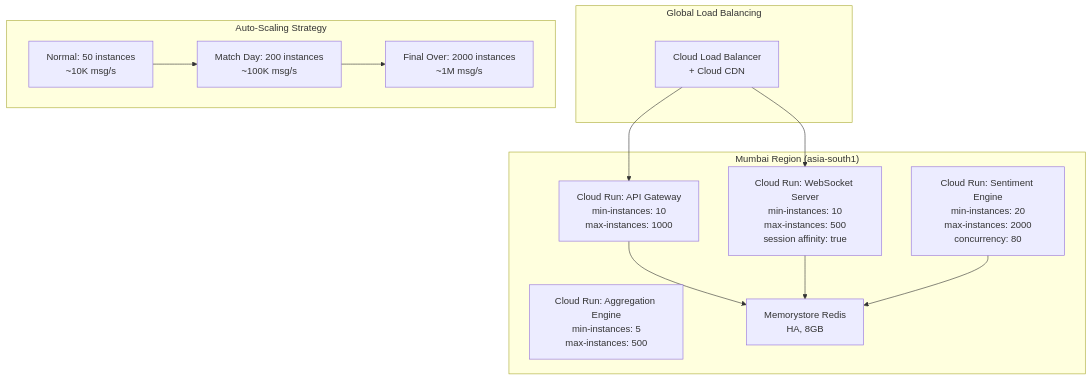
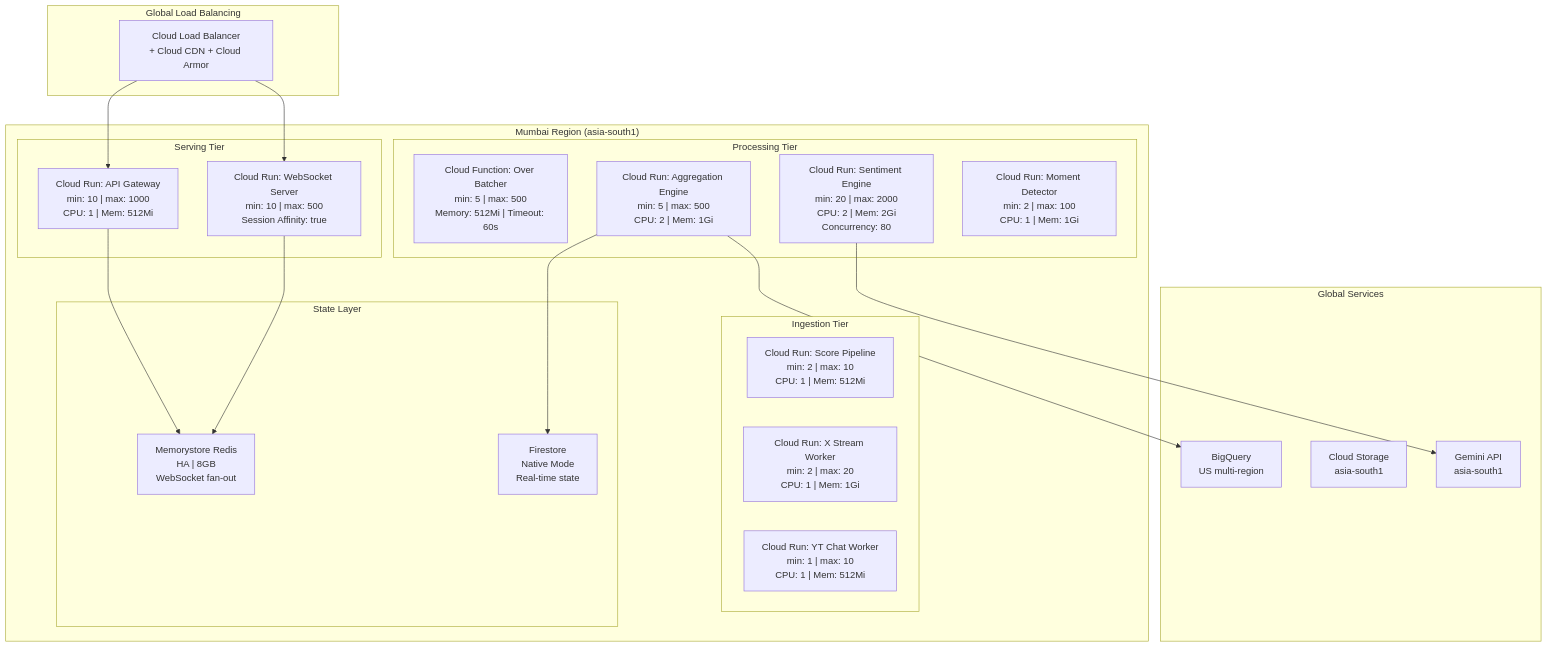
The ninth of 9 diagrams in docs/architecture.md (neeraj5050/APL-22), drawn with Mermaid before and after one commit. The commit also changed other lines of this file and 19 other files, not shown here.

````diff
--- a/docs/architecture.md
+++ b/docs/architecture.md
@@ -595,29 +2632,45 @@
 ```mermaid
 graph TB
-    subgraph "Global Load Balancing"
-        GLB["Cloud Load Balancer<br/>+ Cloud CDN"]
+    subgraph GLB["Global Load Balancing"]
+        LB["Cloud Load Balancer<br/>+ Cloud CDN + Cloud Armor"]
     end
 
-    subgraph "Mumbai Region (asia-south1)"
-        CR_API["Cloud Run: API Gateway<br/>min-instances: 10<br/>max-instances: 1000"]
-        CR_SENT["Cloud Run: Sentiment Engine<br/>min-instances: 20<br/>max-instances: 2000<br/>concurrency: 80"]
-        CR_AGG["Cloud Run: Aggregation Engine<br/>min-instances: 5<br/>max-instances: 500"]
-        CR_WS["Cloud Run: WebSocket Server<br/>min-instances: 10<br/>max-instances: 500<br/>session affinity: true"]
-        REDIS["Memorystore Redis<br/>HA, 8GB"]
+    subgraph REGION["Mumbai Region (asia-south1)"]
+        subgraph INGESTION_TIER["Ingestion Tier"]
+            CR_SCORE["Cloud Run: Score Pipeline<br/>min: 2 | max: 10<br/>CPU: 1 | Mem: 512Mi"]
+            CR_X["Cloud Run: X Stream Worker<br/>min: 2 | max: 20<br/>CPU: 1 | Mem: 1Gi"]
+            CR_YT["Cloud Run: YT Chat Worker<br/>min: 1 | max: 10<br/>CPU: 1 | Mem: 512Mi"]
+        end
+
+        subgraph PROCESSING_TIER["Processing Tier"]
+            CF_BATCH["Cloud Function: Over Batcher<br/>min: 5 | max: 500<br/>Memory: 512Mi | Timeout: 60s"]
+            CR_SENT["Cloud Run: Sentiment Engine<br/>min: 20 | max: 2000<br/>CPU: 2 | Mem: 2Gi<br/>Concurrency: 80"]
+            CR_AGG["Cloud Run: Aggregation Engine<br/>min: 5 | max: 500<br/>CPU: 2 | Mem: 1Gi"]
+            CR_MOM["Cloud Run: Moment Detector<br/>min: 2 | max: 100<br/>CPU: 1 | Mem: 1Gi"]
+        end
+
+        subgraph SERVING_TIER["Serving Tier"]
+            CR_API["Cloud Run: API Gateway<br/>min: 10 | max: 1000<br/>CPU: 1 | Mem: 512Mi"]
+            CR_WS["Cloud Run: WebSocket Server<br/>min: 10 | max: 500<br/>Session Affinity: true"]
+        end
+
+        subgraph STATE["State Layer"]
+            REDIS["Memorystore Redis<br/>HA | 8GB<br/>WebSocket fan-out"]
+            FS["Firestore<br/>Native Mode<br/>Real-time state"]
+        end
     end
 
-    subgraph "Auto-Scaling Strategy"
-        direction LR
-        NORMAL["Normal: 50 instances<br/>~10K msg/s"]
-        MATCH["Match Day: 200 instances<br/>~100K msg/s"]
-        PEAK["Final Over: 2000 instances<br/>~1M msg/s"]
+    subgraph GLOBAL["Global Services"]
+        BQ["BigQuery<br/>US multi-region"]
+        GCS["Cloud Storage<br/>asia-south1"]
+        GEMINI["Gemini API<br/>asia-south1"]
     end
 
-    GLB --> CR_API
-    GLB --> CR_WS
+    LB --> CR_API
+    LB --> CR_WS
     CR_API --> REDIS
     CR_WS --> REDIS
-    CR_SENT --> REDIS
-
-    NORMAL --> MATCH --> PEAK
+    CR_SENT --> GEMINI
+    CR_AGG --> FS
+    CR_AGG --> BQ
 ```
````
